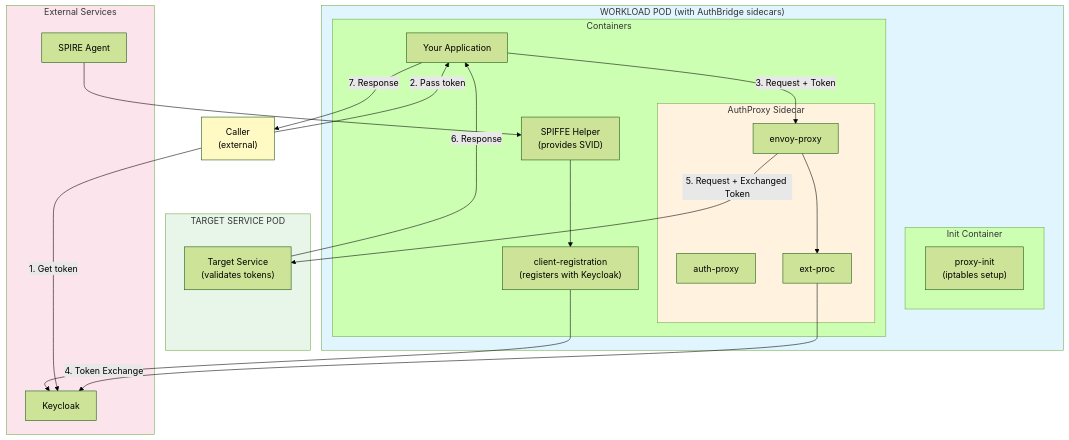
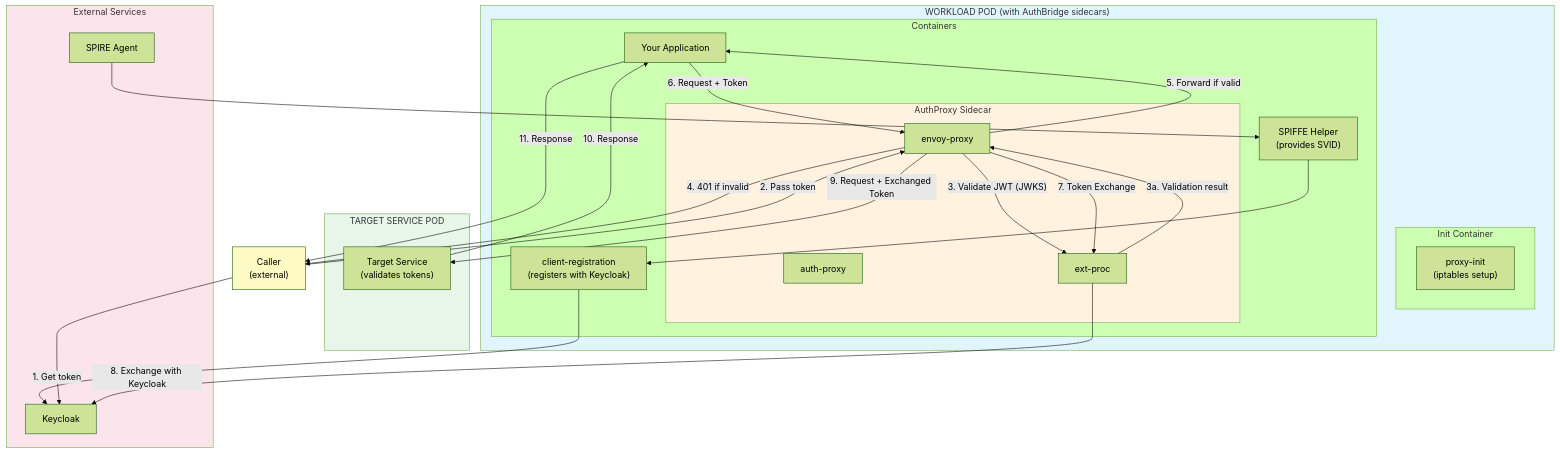
Before and after one commit to cwiklik/kagenti-extensions: the first of 2 diagrams in AuthBridge/README.md, drawn with Mermaid (forest theme). The commit also changed other lines of this file, not shown here.

First line of the commit message:
docs: Update AuthBridge README diagrams to reflect inbound JWT validation

````diff
--- a/AuthBridge/README.md
+++ b/AuthBridge/README.md
@@ -61,47 +71,51 @@
 ```mermaid
 flowchart TB
     subgraph WorkloadPod["WORKLOAD POD (with AuthBridge sidecars)"]
         subgraph Init["Init Container"]
             ProxyInit["proxy-init<br/>(iptables setup)"]
         end
         subgraph Containers["Containers"]
             App["Your Application"]
             SpiffeHelper["SPIFFE Helper<br/>(provides SVID)"]
             ClientReg["client-registration<br/>(registers with Keycloak)"]
             subgraph Sidecar["AuthProxy Sidecar"]
                 AuthProxy["auth-proxy"]
                 Envoy["envoy-proxy"]
                 ExtProc["ext-proc"]
             end
         end
     end
 
     subgraph TargetPod["TARGET SERVICE POD"]
         Target["Target Service<br/>(validates tokens)"]
     end
 
     subgraph External["External Services"]
         SPIRE["SPIRE Agent"]
         Keycloak["Keycloak"]
     end
 
     Caller["Caller<br/>(external)"]
 
     SPIRE --> SpiffeHelper
     SpiffeHelper --> ClientReg
     ClientReg --> Keycloak
     Caller -->|"1. Get token"| Keycloak
-    Caller -->|"2. Pass token"| App
-    App -->|"3. Request + Token"| Envoy
-    Envoy --> ExtProc
-    ExtProc -->|"4. Token Exchange"| Keycloak
-    Envoy -->|"5. Request + Exchanged Token"| Target
-    Target -->|"6. Response"| App
-    App -->|"7. Response"| Caller
+    Caller -->|"2. Pass token"| Envoy
+    Envoy -->|"3. Validate JWT (JWKS)"| ExtProc
+    ExtProc -->|"3a. Validation result"| Envoy
+    Envoy -->|"4. 401 if invalid"| Caller
+    Envoy -->|"5. Forward if valid"| App
+    App -->|"6. Request + Token"| Envoy
+    Envoy -->|"7. Token Exchange"| ExtProc
+    ExtProc -->|"8. Exchange with Keycloak"| Keycloak
+    Envoy -->|"9. Request + Exchanged Token"| Target
+    Target -->|"10. Response"| App
+    App -->|"11. Response"| Caller
 
     style WorkloadPod fill:#e1f5fe
     style TargetPod fill:#e8f5e9
     style Sidecar fill:#fff3e0
     style External fill:#fce4ec
     style Caller fill:#fff9c4
 ```
````
